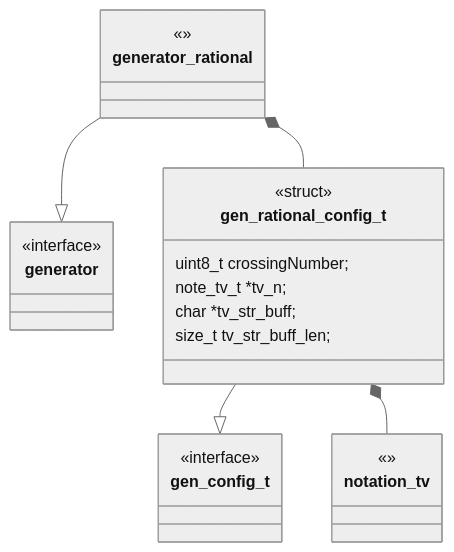
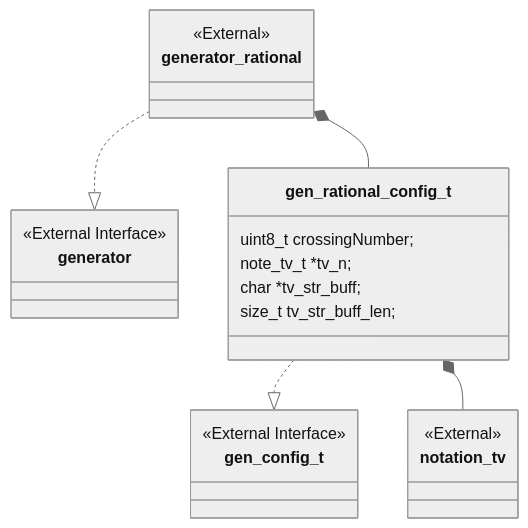
One commit to Joecstarr/thesis changed the first of 3 diagrams in sections/software/documentation/generators/rational.md. Above: the diagram before and after it, drawn with Mermaid (neutral theme). The commit also changed other lines of this file and 17 other files, not shown here.

Commit message:
Improve: Adds decorators for class diagrams. Adds two computations for arborescent generation.

````diff
--- a/sections/software/documentation/generators/rational.md
+++ b/sections/software/documentation/generators/rational.md
@@ -5,33 +5,33 @@
 ```mermaid
 classDiagram
-    generator_rational --|> generator
-    gen_rational_config_t --|> gen_config_t
+    generator_rational ..|> generator
+    gen_rational_config_t ..|> gen_config_t
     gen_rational_config_t *-- notation_tv
     generator_rational *-- gen_rational_config_t
 
     class generator {
-        <<interface>>
+        <<External Interface>>
     }
 
     class generator_rational {
-<<>>
+<<External>>
 }
 
 class gen_rational_config_t {
-<<struct>>
+
 uint8_t crossingNumber;
 note_tv_t *tv_n;
 char *tv_str_buff;
 size_t tv_str_buff_len;
 }
 
 class gen_config_t {
-<<interface>>
+<<External Interface>>
 
 }
 
 class notation_tv{
-<<>>
+<<External>>
 }
 
 ```
````
